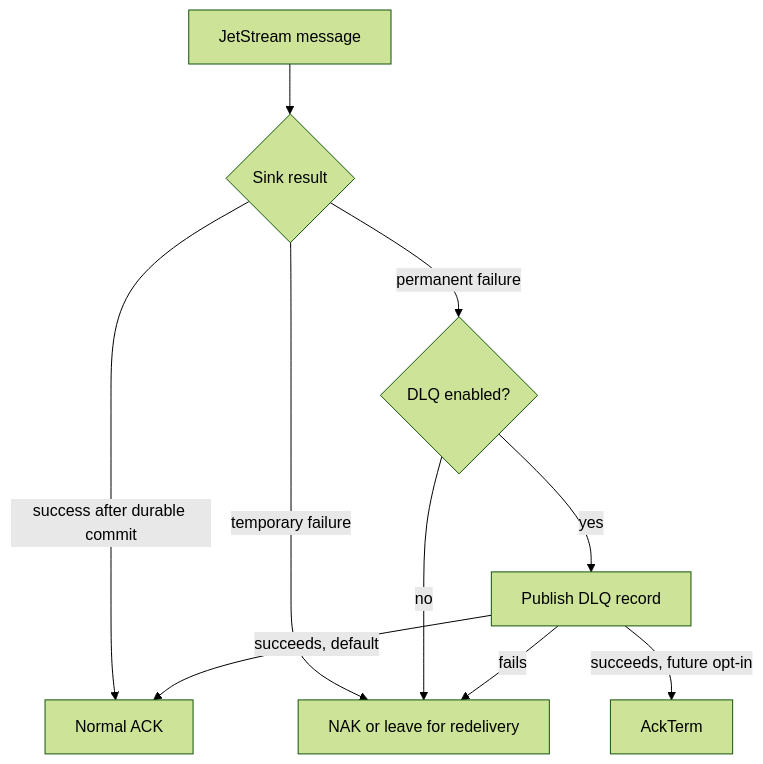
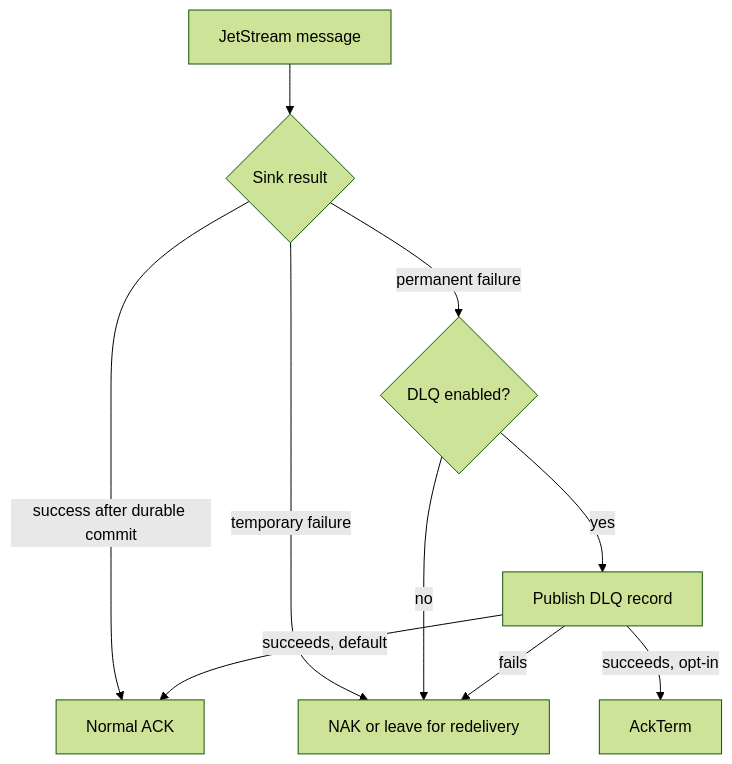
One commit to ProjectCuillin/nats-sinks changed the diagram in docs/adr/0005-ackterm-acknext-evaluation.md. Above: the diagram before and after it, drawn with Mermaid (forest theme). The commit also changed other lines of this file and 19 other files, not shown here.

Commit message:
Add optional AckTerm after DLQ publication

````diff
--- a/docs/adr/0005-ackterm-acknext-evaluation.md
+++ b/docs/adr/0005-ackterm-acknext-evaluation.md
@@ -73,12 +73,12 @@
 ```mermaid
 flowchart TD
     Msg[JetStream message] --> Sink{Sink result}
     Sink -->|success after durable commit| Ack[Normal ACK]
     Sink -->|temporary failure| Redeliver[NAK or leave for redelivery]
     Sink -->|permanent failure| DLQ{DLQ enabled?}
     DLQ -->|no| Redeliver
     DLQ -->|yes| Publish[Publish DLQ record]
     Publish -->|fails| Redeliver
     Publish -->|succeeds, default| Ack
-    Publish -->|succeeds, future opt-in| Term[AckTerm]
+    Publish -->|succeeds, opt-in| Term[AckTerm]
 ```
````
